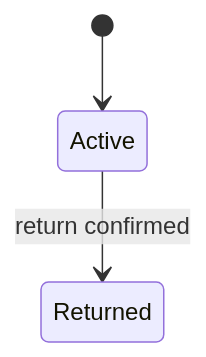
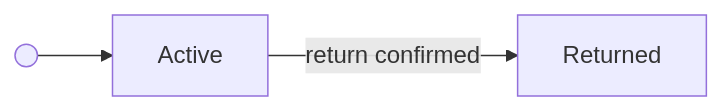
The second of 3 diagrams in specs/domain.md (scaledVideoClub/vc-stage2-vb6), drawn with Mermaid before and after one commit. The commit also changed other lines of this file, not shown here.

First line of the commit message:
fix(specs): replace stateDiagram-v2 with flowchart to fix GitHub rendering

````diff
--- a/specs/domain.md
+++ b/specs/domain.md
@@ -176,8 +177,5 @@
 ```mermaid
-stateDiagram-v2
-    state "Active" as Ac
-    state "Returned" as Rt
-
-    [*] --> Ac
-    Ac --> Rt : return confirmed
+flowchart LR
+    START(( )) --> Ac
+    Ac[Active] -->|return confirmed| Rt[Returned]
 ```
````
